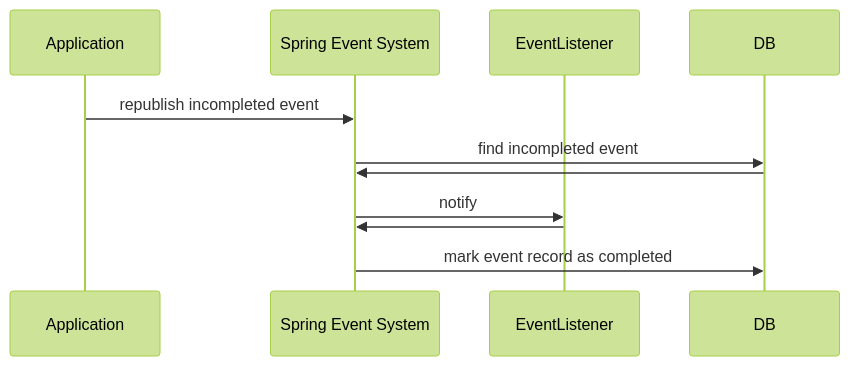
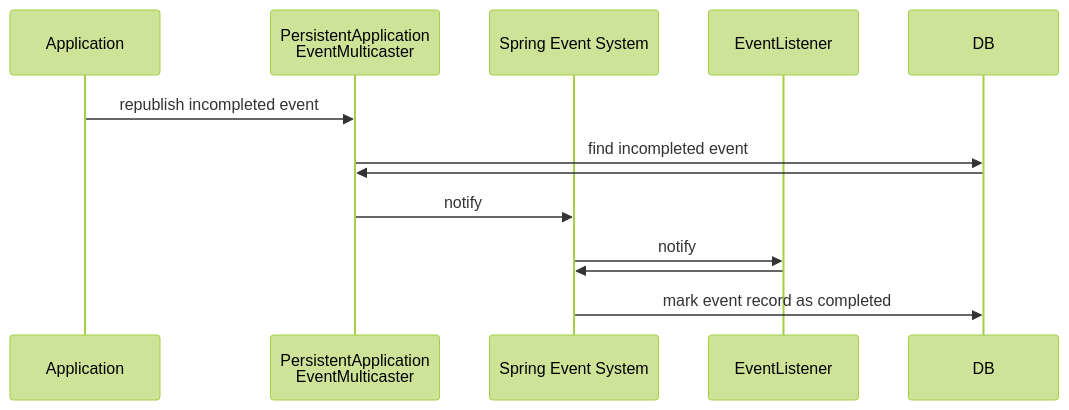
One commit to godisren/edd-spring-modulith-event changed diagram 12 of 12 in slide/edd-slide.md. Above: the diagram before and after it, drawn with Mermaid (forest theme). The commit also changed other lines of this file and 3 other files, not shown here.

````diff
--- a/slide/edd-slide.md
+++ b/slide/edd-slide.md
@@ -671,13 +713,15 @@
 ```mermaid
 sequenceDiagram
     participant Application
+    participant multicase as PersistentApplication <br> EventMulticaster 
     participant Broker as Spring Event System
     participant EventListener as EventListener
     participant DB
-    Application->>Broker: republish incompleted event
-    Broker->>DB: find incompleted event
-    DB->>Broker: 
+    Application->>multicase: republish incompleted event
+    multicase->>DB: find incompleted event
+    DB->>multicase: 
+    multicase->>Broker: notify
     Broker->>EventListener: notify
     EventListener->>Broker: 
     Broker->>DB: mark event record as completed
 ```
````
